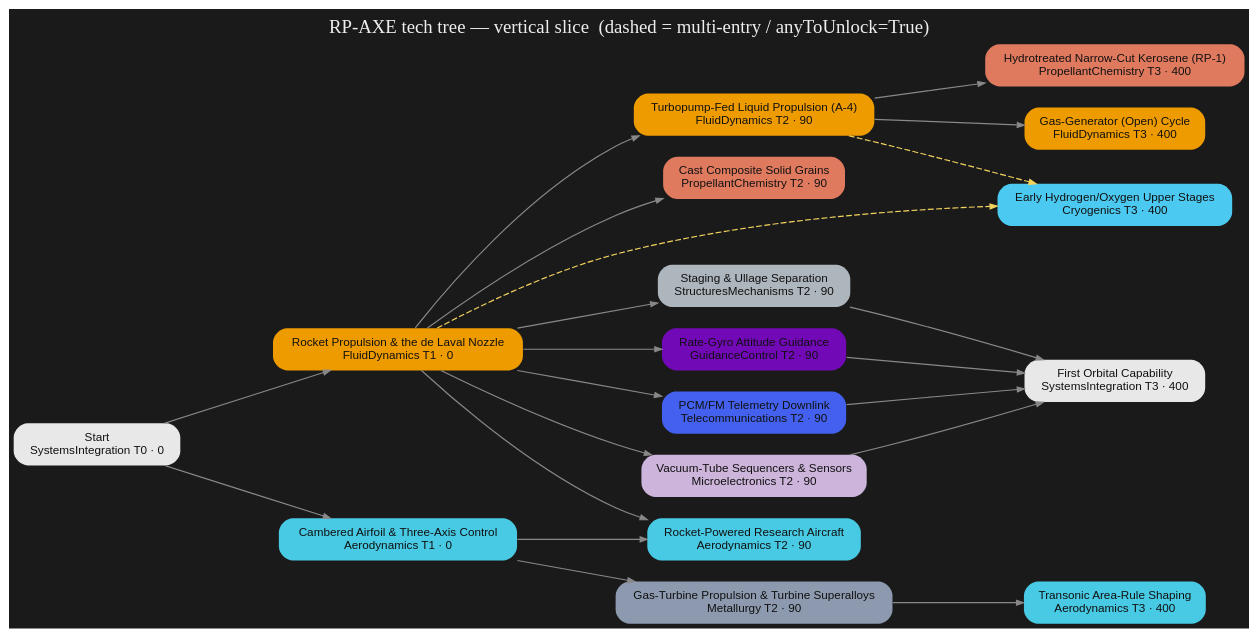
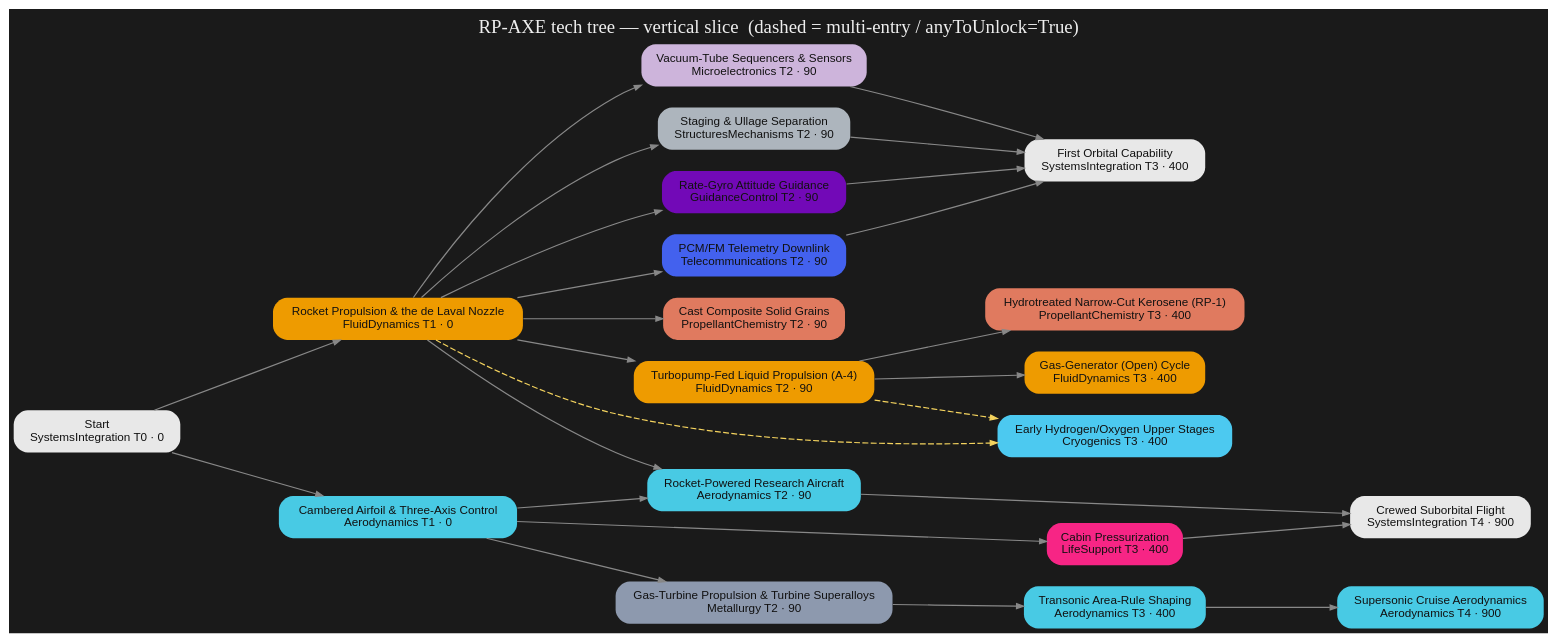
Before and after one commit to miskoltrans/RP-AXE: the diagram in tree/render/axe-tree.dot, drawn with Graphviz. The commit also changed 5 other files, not shown here.

First line of the commit message:
tree: extend aviation track to its own milestone (Crewed Suborbital Flight)

```diff
--- a/tree/render/axe-tree.dot
+++ b/tree/render/axe-tree.dot
@@ -1,47 +1,55 @@
 digraph AXE {
   rankdir=LR; bgcolor="#1a1a1a"; nodesep=0.25; ranksep=1.1;
   node[shape=box,style="filled,rounded",fontname="Helvetica",fontsize=10,color="#00000000"];
   edge[color="#888888",arrowsize=0.6];
   "start" [label="Start\nSystemsIntegration T0 · 0",fillcolor="#e8e8e8",fontcolor="#111111"];
   "rocketryStart" [label="Rocket Propulsion & the de Laval Nozzle\nFluidDynamics T1 · 0",fillcolor="#ee9b00",fontcolor="#111111"];
   "fd_turbopumpLiquid" [label="Turbopump-Fed Liquid Propulsion (A-4)\nFluidDynamics T2 · 90",fillcolor="#ee9b00",fontcolor="#111111"];
   "pc_solidGrain" [label="Cast Composite Solid Grains\nPropellantChemistry T2 · 90",fillcolor="#e07a5f",fontcolor="#111111"];
   "pc_kerosene" [label="Hydrotreated Narrow-Cut Kerosene (RP-1)\nPropellantChemistry T3 · 400",fillcolor="#e07a5f",fontcolor="#111111"];
   "fd_gasGenerator" [label="Gas-Generator (Open) Cycle\nFluidDynamics T3 · 400",fillcolor="#ee9b00",fontcolor="#111111"];
   "cryo_earlyHydrolox" [label="Early Hydrogen/Oxygen Upper Stages\nCryogenics T3 · 400",fillcolor="#4cc9f0",fontcolor="#111111"];
   "str_stageSeparation" [label="Staging & Ullage Separation\nStructuresMechanisms T2 · 90",fillcolor="#adb5bd",fontcolor="#111111"];
   "gnc_earlyGuidance" [label="Rate-Gyro Attitude Guidance\nGuidanceControl T2 · 90",fillcolor="#7209b7",fontcolor="#111111"];
   "tel_pcmTelemetry" [label="PCM/FM Telemetry Downlink\nTelecommunications T2 · 90",fillcolor="#4361ee",fontcolor="#111111"];
   "mic_probeAvionics" [label="Vacuum-Tube Sequencers & Sensors\nMicroelectronics T2 · 90",fillcolor="#cdb4db",fontcolor="#111111"];
   "int_firstOrbit" [label="First Orbital Capability\nSystemsIntegration T3 · 400",fillcolor="#e8e8e8",fontcolor="#111111"];
   "xplaneStart" [label="Cambered Airfoil & Three-Axis Control\nAerodynamics T1 · 0",fillcolor="#48cae4",fontcolor="#111111"];
   "met_turbojet" [label="Gas-Turbine Propulsion & Turbine Superalloys\nMetallurgy T2 · 90",fillcolor="#8d99ae",fontcolor="#111111"];
   "aero_transonicFlight" [label="Transonic Area-Rule Shaping\nAerodynamics T3 · 400",fillcolor="#48cae4",fontcolor="#111111"];
+  "aero_supersonicCruise" [label="Supersonic Cruise Aerodynamics\nAerodynamics T4 · 900",fillcolor="#48cae4",fontcolor="#111111"];
   "aero_rocketplane" [label="Rocket-Powered Research Aircraft\nAerodynamics T2 · 90",fillcolor="#48cae4",fontcolor="#111111"];
+  "life_pressurizedCabin" [label="Cabin Pressurization\nLifeSupport T3 · 400",fillcolor="#f72585",fontcolor="#111111"];
+  "int_crewedSuborbital" [label="Crewed Suborbital Flight\nSystemsIntegration T4 · 900",fillcolor="#e8e8e8",fontcolor="#111111"];
   { rank=same; "start" }
   { rank=same; "rocketryStart" "xplaneStart" }
   { rank=same; "fd_turbopumpLiquid" "pc_solidGrain" "str_stageSeparation" "gnc_earlyGuidance" "tel_pcmTelemetry" "mic_probeAvionics" "met_turbojet" "aero_rocketplane" }
-  { rank=same; "pc_kerosene" "fd_gasGenerator" "cryo_earlyHydrolox" "int_firstOrbit" "aero_transonicFlight" }
+  { rank=same; "pc_kerosene" "fd_gasGenerator" "cryo_earlyHydrolox" "int_firstOrbit" "aero_transonicFlight" "life_pressurizedCabin" }
+  { rank=same; "aero_supersonicCruise" "int_crewedSuborbital" }
   "start" -> "rocketryStart" [style=solid];
   "rocketryStart" -> "fd_turbopumpLiquid" [style=solid];
   "rocketryStart" -> "pc_solidGrain" [style=solid];
   "fd_turbopumpLiquid" -> "pc_kerosene" [style=solid];
   "fd_turbopumpLiquid" -> "fd_gasGenerator" [style=solid];
   "rocketryStart" -> "cryo_earlyHydrolox" [style=dashed,color="#f4d35e"];
   "fd_turbopumpLiquid" -> "cryo_earlyHydrolox" [style=dashed,color="#f4d35e"];
   "rocketryStart" -> "str_stageSeparation" [style=solid];
   "rocketryStart" -> "gnc_earlyGuidance" [style=solid];
   "rocketryStart" -> "tel_pcmTelemetry" [style=solid];
   "rocketryStart" -> "mic_probeAvionics" [style=solid];
   "str_stageSeparation" -> "int_firstOrbit" [style=solid];
   "gnc_earlyGuidance" -> "int_firstOrbit" [style=solid];
   "tel_pcmTelemetry" -> "int_firstOrbit" [style=solid];
   "mic_probeAvionics" -> "int_firstOrbit" [style=solid];
   "start" -> "xplaneStart" [style=solid];
   "xplaneStart" -> "met_turbojet" [style=solid];
   "met_turbojet" -> "aero_transonicFlight" [style=solid];
+  "aero_transonicFlight" -> "aero_supersonicCruise" [style=solid];
   "xplaneStart" -> "aero_rocketplane" [style=solid];
   "rocketryStart" -> "aero_rocketplane" [style=solid];
+  "xplaneStart" -> "life_pressurizedCabin" [style=solid];
+  "aero_rocketplane" -> "int_crewedSuborbital" [style=solid];
+  "life_pressurizedCabin" -> "int_crewedSuborbital" [style=solid];
   labelloc="t"; fontcolor="#eeeeee"; fontsize=16;
   label="RP-AXE tech tree — vertical slice  (dashed = multi-entry / anyToUnlock=True)";
 }
```
